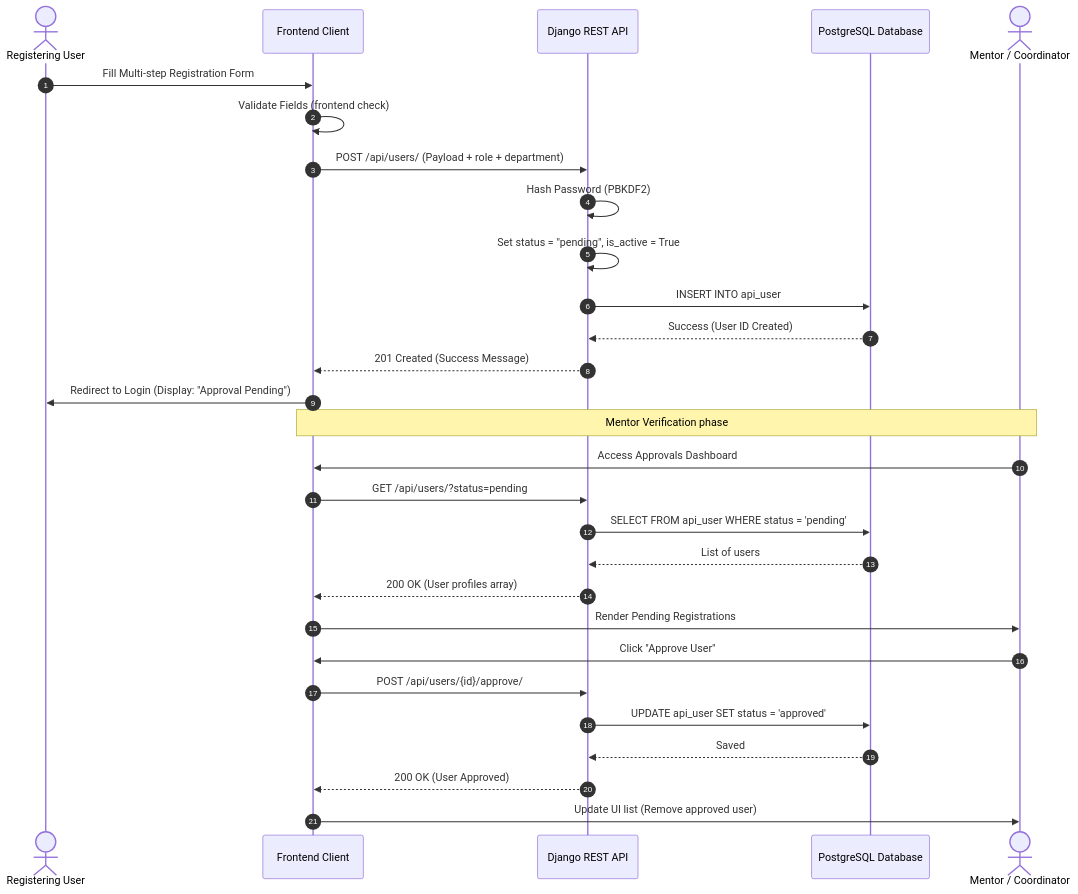
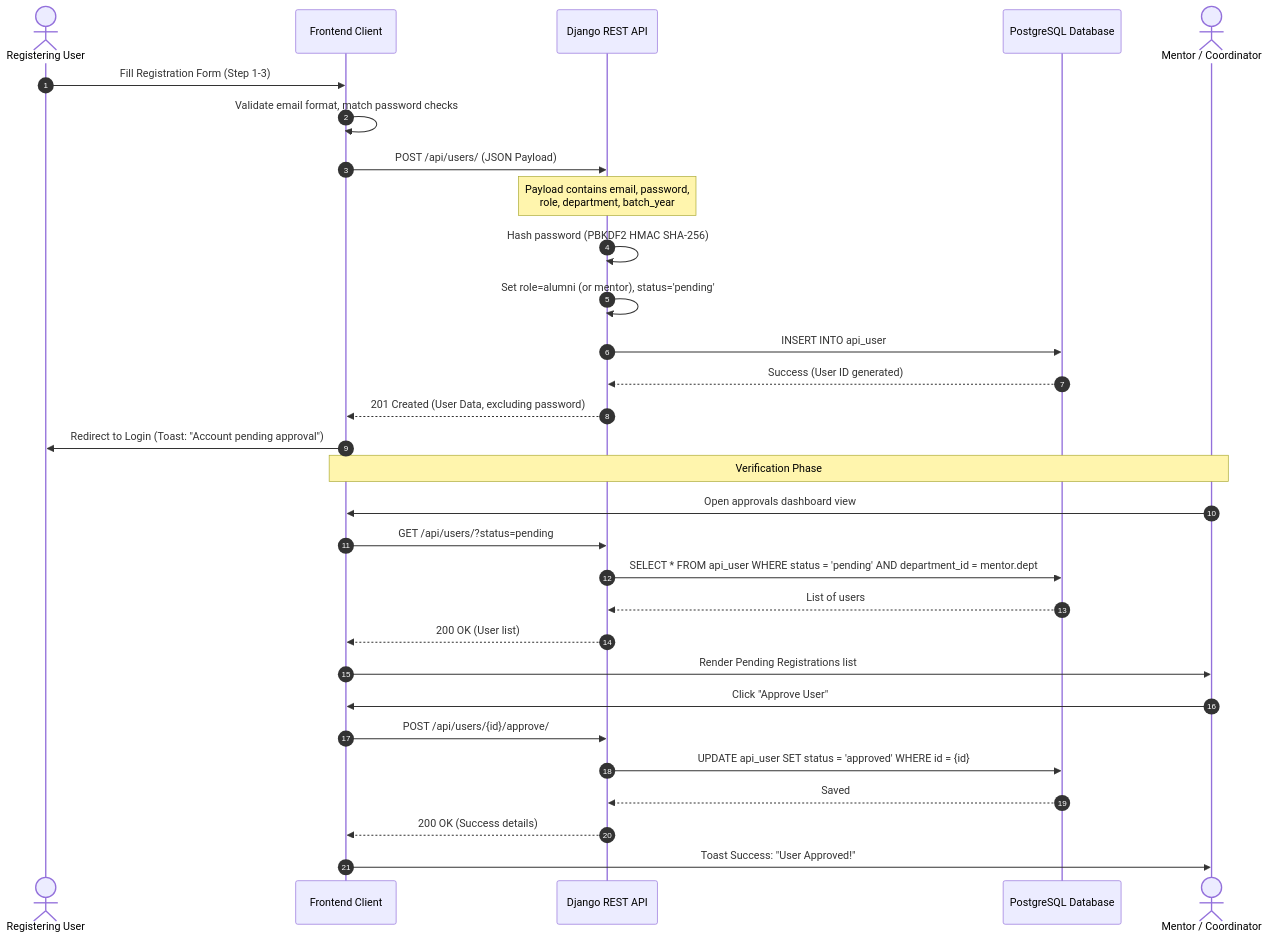
One commit to kulkarnishub377/Alumni_Management_portal changed the first of 5 diagrams in docs/PROCESS_FLOWS.md. Above: the diagram before and after it, drawn with Mermaid. The commit also changed other lines of this file and 1 other file, not shown here.

````diff
--- a/docs/PROCESS_FLOWS.md
+++ b/docs/PROCESS_FLOWS.md
@@ -11,34 +11,35 @@
 ```mermaid
 sequenceDiagram
     autonumber
     actor Guest as Registering User
     participant FE as Frontend Client
     participant API as Django REST API
     participant DB as PostgreSQL Database
     actor Mentor as Mentor / Coordinator
 
-    Guest->>FE: Fill Multi-step Registration Form
-    FE->>FE: Validate Fields (frontend check)
-    FE->>API: POST /api/users/ (Payload + role + department)
-    API->>API: Hash Password (PBKDF2)
-    API->>API: Set status = "pending", is_active = True
+    Guest->>FE: Fill Registration Form (Step 1-3)
+    FE->>FE: Validate email format, match password checks
+    FE->>API: POST /api/users/ (JSON Payload)
+    Note over API: Payload contains email, password,<br/>role, department, batch_year
+    API->>API: Hash password (PBKDF2 HMAC SHA-256)
+    API->>API: Set role=alumni (or mentor), status='pending'
     API->>DB: INSERT INTO api_user
-    DB-->>API: Success (User ID Created)
-    API-->>FE: 201 Created (Success Message)
-    FE->>Guest: Redirect to Login (Display: "Approval Pending")
+    DB-->>API: Success (User ID generated)
+    API-->>FE: 201 Created (User Data, excluding password)
+    FE->>Guest: Redirect to Login (Toast: "Account pending approval")
 
-    Note over FE, Mentor: Mentor Verification phase
+    Note over FE, Mentor: Verification Phase
     
-    Mentor->>FE: Access Approvals Dashboard
+    Mentor->>FE: Open approvals dashboard view
     FE->>API: GET /api/users/?status=pending
-    API->>DB: SELECT FROM api_user WHERE status = 'pending'
+    API->>DB: SELECT * FROM api_user WHERE status = 'pending' AND department_id = mentor.dept
     DB-->>API: List of users
-    API-->>FE: 200 OK (User profiles array)
-    FE->>Mentor: Render Pending Registrations
+    API-->>FE: 200 OK (User list)
+    FE->>Mentor: Render Pending Registrations list
     Mentor->>FE: Click "Approve User"
     FE->>API: POST /api/users/{id}/approve/
-    API->>DB: UPDATE api_user SET status = 'approved'
+    API->>DB: UPDATE api_user SET status = 'approved' WHERE id = {id}
     DB-->>API: Saved
-    API-->>FE: 200 OK (User Approved)
-    FE->>Mentor: Update UI list (Remove approved user)
+    API-->>FE: 200 OK (Success details)
+    FE->>Mentor: Toast Success: "User Approved!"
 ```
````
